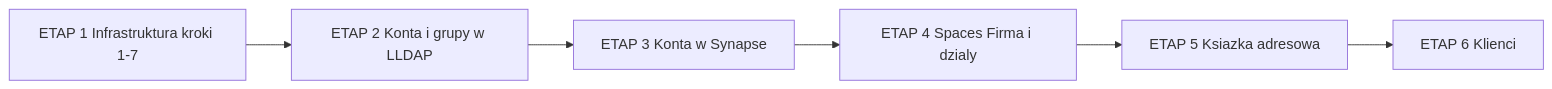
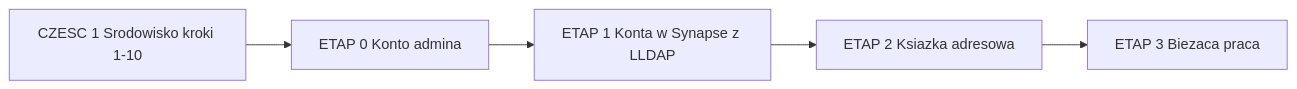
The second of 2 diagrams in README.md (VolkerNemrod/matrix), drawn with Mermaid before and after one commit. The commit also changed other lines of this file, not shown here.

Commit message:
README: podział na Część 1 (środowisko) i Część 2 (konta i książka adresowa, etapy 0-3); Etap G bez przypięć i stopek, flaga --pin

````diff
--- a/README.md
+++ b/README.md
@@ -95,8 +107,7 @@
 ```mermaid
 flowchart LR
-    E1[ETAP 1 Infrastruktura kroki 1-7] --> E2[ETAP 2 Konta i grupy w LLDAP]
-    E2 --> E3[ETAP 3 Konta w Synapse]
-    E3 --> E4[ETAP 4 Spaces Firma i dzialy]
-    E4 --> E5[ETAP 5 Ksiazka adresowa]
-    E5 --> E6[ETAP 6 Klienci]
+    C1[CZESC 1 Srodowisko kroki 1-10] --> E0[ETAP 0 Konto admina]
+    E0 --> E1[ETAP 1 Konta w Synapse z LLDAP]
+    E1 --> E2[ETAP 2 Ksiazka adresowa]
+    E2 --> E3[ETAP 3 Biezaca praca]
 ```
````
